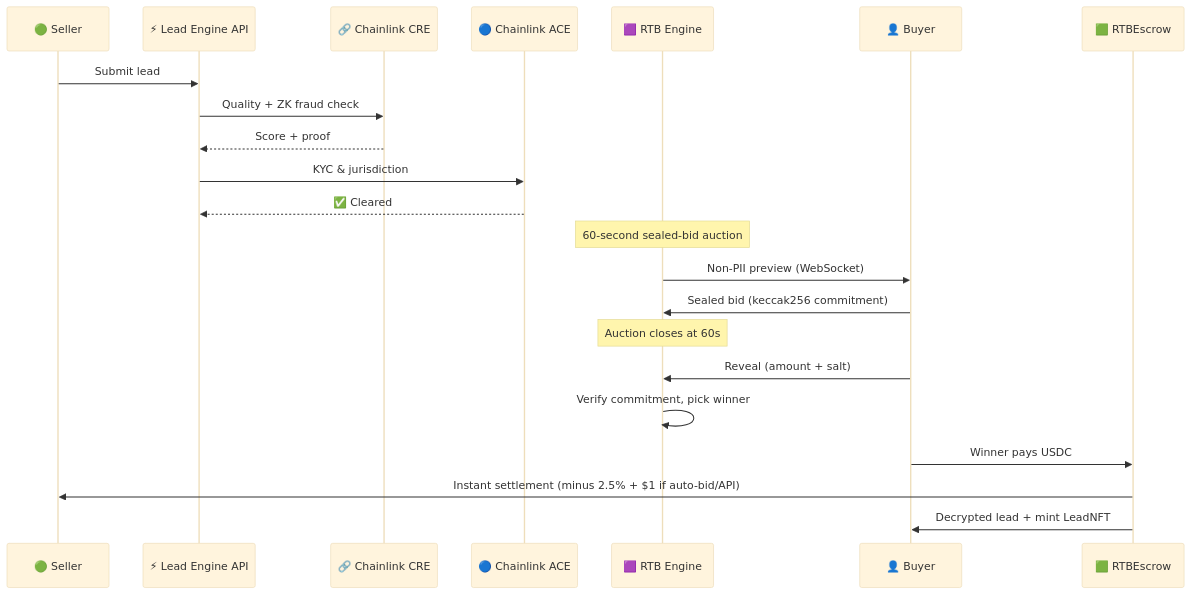
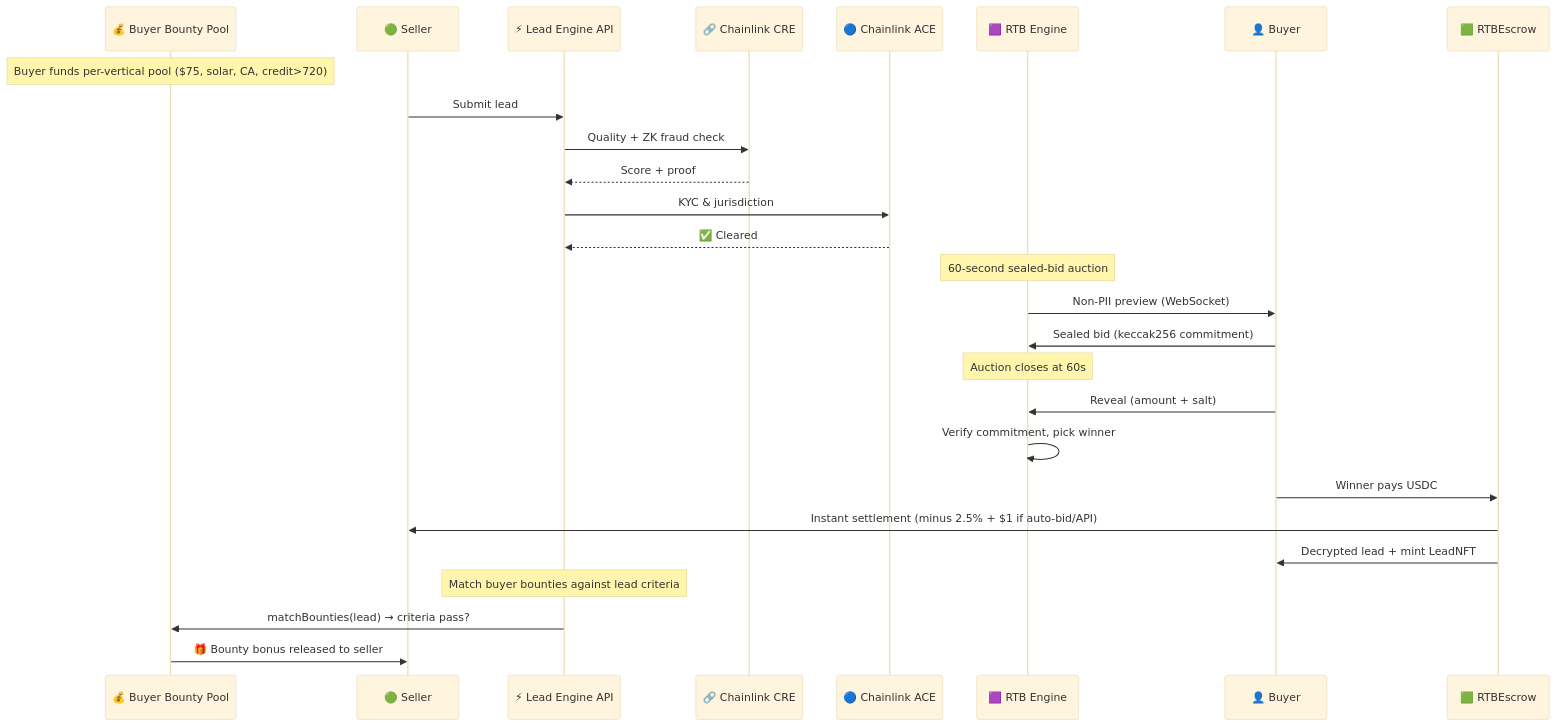
The diagram in README.md (bnmbnmai/lead-engine-cre), drawn with Mermaid (base theme) before and after one commit. The commit also changed other lines of this file, not shown here.

Commit message:
docs: update README with buyer bounties, updated flow diagram, and contract table

````diff
--- a/README.md
+++ b/README.md
@@ -62,30 +69,37 @@
 ```mermaid
 sequenceDiagram
+    participant BP as 💰 Buyer Bounty Pool
     participant S as 🟢 Seller
     participant API as ⚡ Lead Engine API
     participant CRE as 🔗 Chainlink CRE
     participant ACE as 🔵 Chainlink ACE
     participant RTB as 🟪 RTB Engine
     participant B as 👤 Buyer
     participant X as 🟩 RTBEscrow
+
+    Note over BP: Buyer funds per-vertical pool ($75, solar, CA, credit>720)
 
     S->>API: Submit lead
     API->>CRE: Quality + ZK fraud check
     CRE-->>API: Score + proof
     API->>ACE: KYC & jurisdiction
     ACE-->>API: ✅ Cleared
 
     Note over RTB: 60-second sealed-bid auction
 
     RTB->>B: Non-PII preview (WebSocket)
     B->>RTB: Sealed bid (keccak256 commitment)
 
     Note over RTB: Auction closes at 60s
 
     B->>RTB: Reveal (amount + salt)
     RTB->>RTB: Verify commitment, pick winner
 
     B->>X: Winner pays USDC
     X->>S: Instant settlement (minus 2.5% + $1 if auto-bid/API)
     X->>B: Decrypted lead + mint LeadNFT
+
+    Note over API: Match buyer bounties against lead criteria
+    API->>BP: matchBounties(lead) → criteria pass?
+    BP->>S: 🎁 Bounty bonus released to seller
 ```
````
